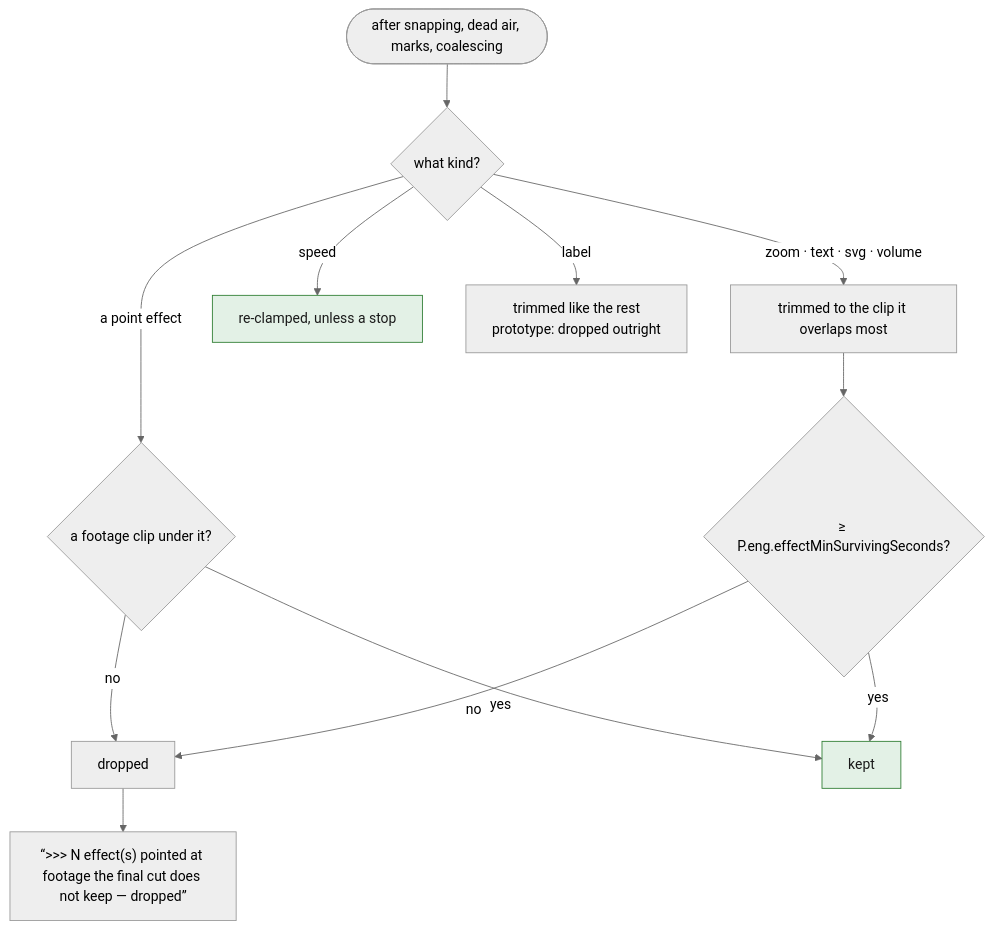
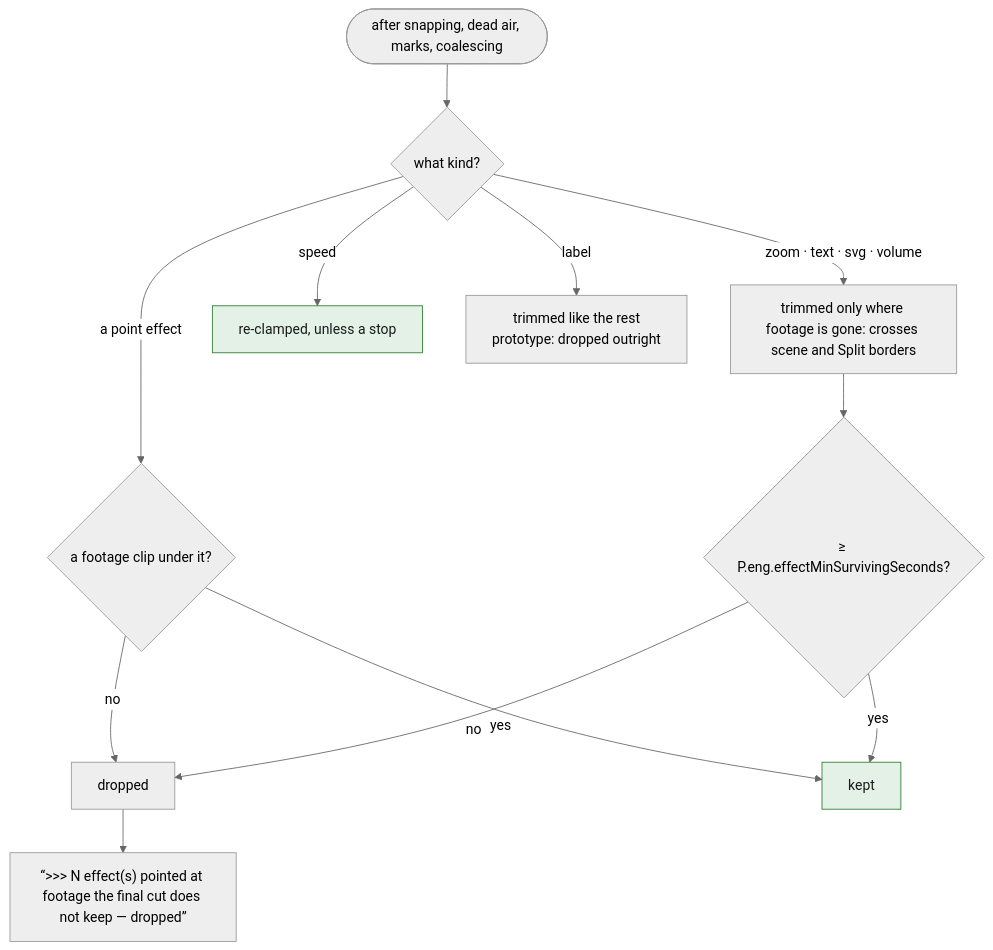
Diagram 12 of 12 in spec/06-effects.md (tbocek/naivepost), drawn with Mermaid (neutral theme) before and after one commit. The commit also changed other lines of this file and 21 other files, not shown here.

First line of the commit message:
Make effects render, and let them cross scene borders

````diff
--- a/spec/06-effects.md
+++ b/spec/06-effects.md
@@ -310,17 +310,17 @@
 ```mermaid
 flowchart TD
   A(["after snapping, dead air, marks, coalescing"]) --> K{"what kind?"}
   K -- "a point effect" --> P{"a footage clip under it?"}
   P -- no --> DR["dropped"]
   P -- yes --> KP["kept"]:::done
-  K -- "zoom · text · svg · volume" --> TR["trimmed to the clip it overlaps most"]
+  K -- "zoom · text · svg · volume" --> TR["trimmed only where footage is gone: crosses scene and Split borders"]
   TR --> S{"≥ P.eng.effectMinSurvivingSeconds?"}
   S -- no --> DR
   S -- yes --> KP
   K -- speed --> SP["re-clamped, unless a stop"]:::done
   K -- label --> DL["trimmed like the rest<br/>prototype: dropped outright"]
   DR --> LOG["“>>> N effect(s) pointed at footage the final cut does not keep — dropped”"]
   classDef refuse fill:#fde2e1,stroke:#c01c28,color:#1a1a1a
   classDef done fill:#e3f1e6,stroke:#2e7d32,color:#1a1a1a
   classDef ask fill:#e8eefc,stroke:#3a63c8,color:#1a1a1a
 ```
````
